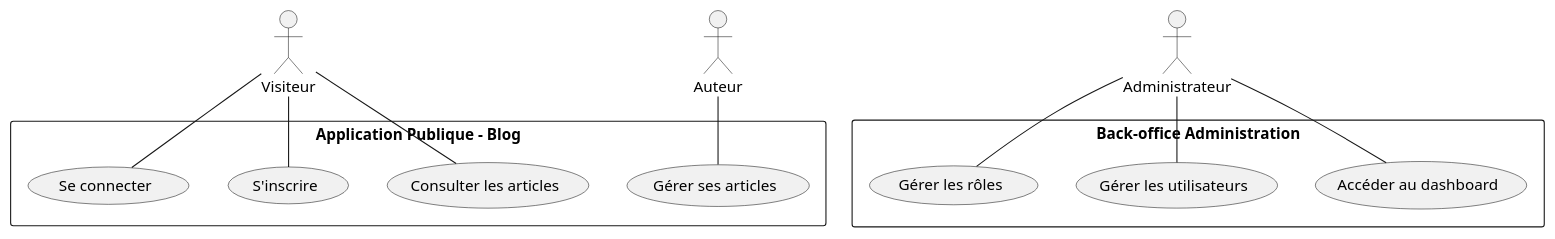
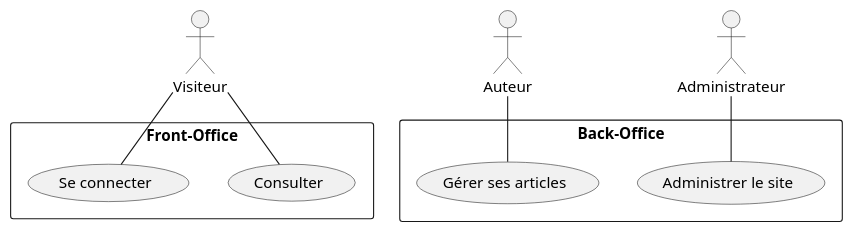
One commit to labs-web/projet-technique changed the sixth of 6 diagrams in .agent/skills/analyste-uml/resources/spec-cas-utilisation.md. Above: the diagram before and after it, drawn with PlantUML. The commit also changed other lines of this file and 2 other files, not shown here.

````diff
--- a/.agent/skills/analyste-uml/resources/spec-cas-utilisation.md
+++ b/.agent/skills/analyste-uml/resources/spec-cas-utilisation.md
@@ -222,29 +216,25 @@
 ```puml
 actor "Visiteur" as Guest
 actor "Auteur" as Author
 actor "Administrateur" as Admin
 
 ' Partie Publique
-rectangle "Application Publique - Blog" {
-  usecase "Consulter les articles" as UC1
-  usecase "S'inscrire" as UC2
-  usecase "Se connecter" as UC3
-  usecase "Gérer ses articles" as UC4
+rectangle "Front-Office" {
+  usecase "Consulter" as UC1
+  usecase "Se connecter" as UC2
 }
 
-' Partie Administration
-rectangle "Back-office Administration" {
-  usecase "Accéder au dashboard" as UC_A1
-  usecase "Gérer les utilisateurs" as UC_A2
-  usecase "Gérer les rôles" as UC_A3
+' Partie Privée
+rectangle "Back-Office" {
+  usecase "Gérer ses articles" as UC3
+  usecase "Administrer le site" as UC4
 }
 
 ' Relations
 Guest -- UC1
 Guest -- UC2
-Guest -- UC3
-Author -- UC4
-Admin -- UC_A1
-Admin -- UC_A2
-Admin -- UC_A3
+
+' Les acteurs connectés interagissent principalement avec le Back-Office
+Author -- UC3
+Admin -- UC4
 ```
````
